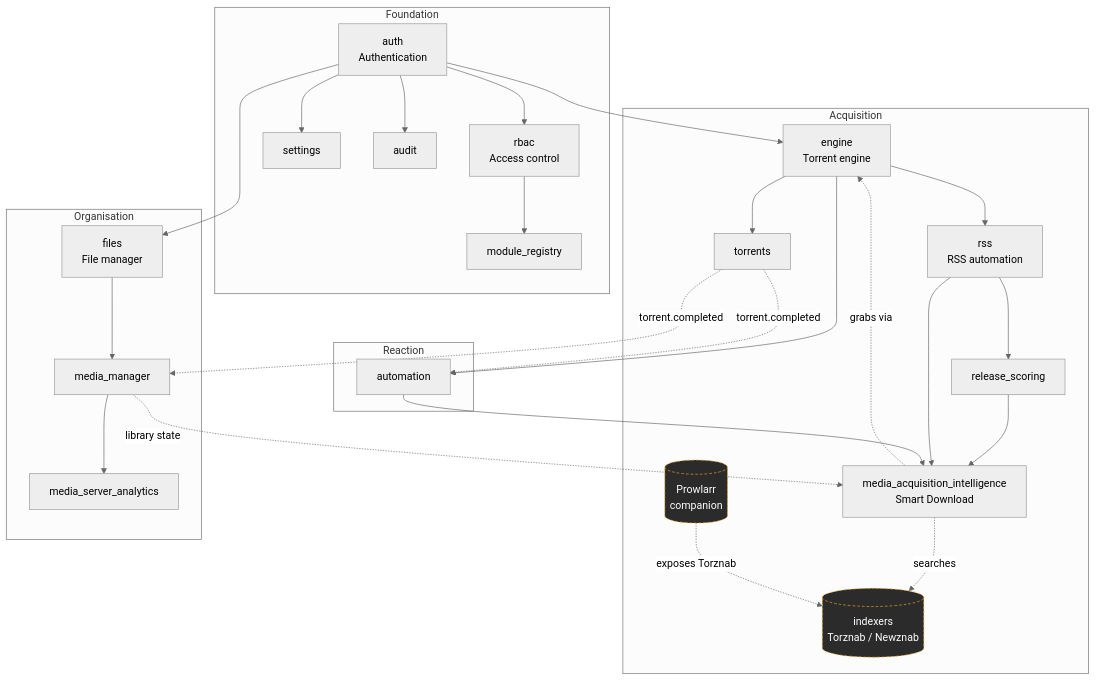
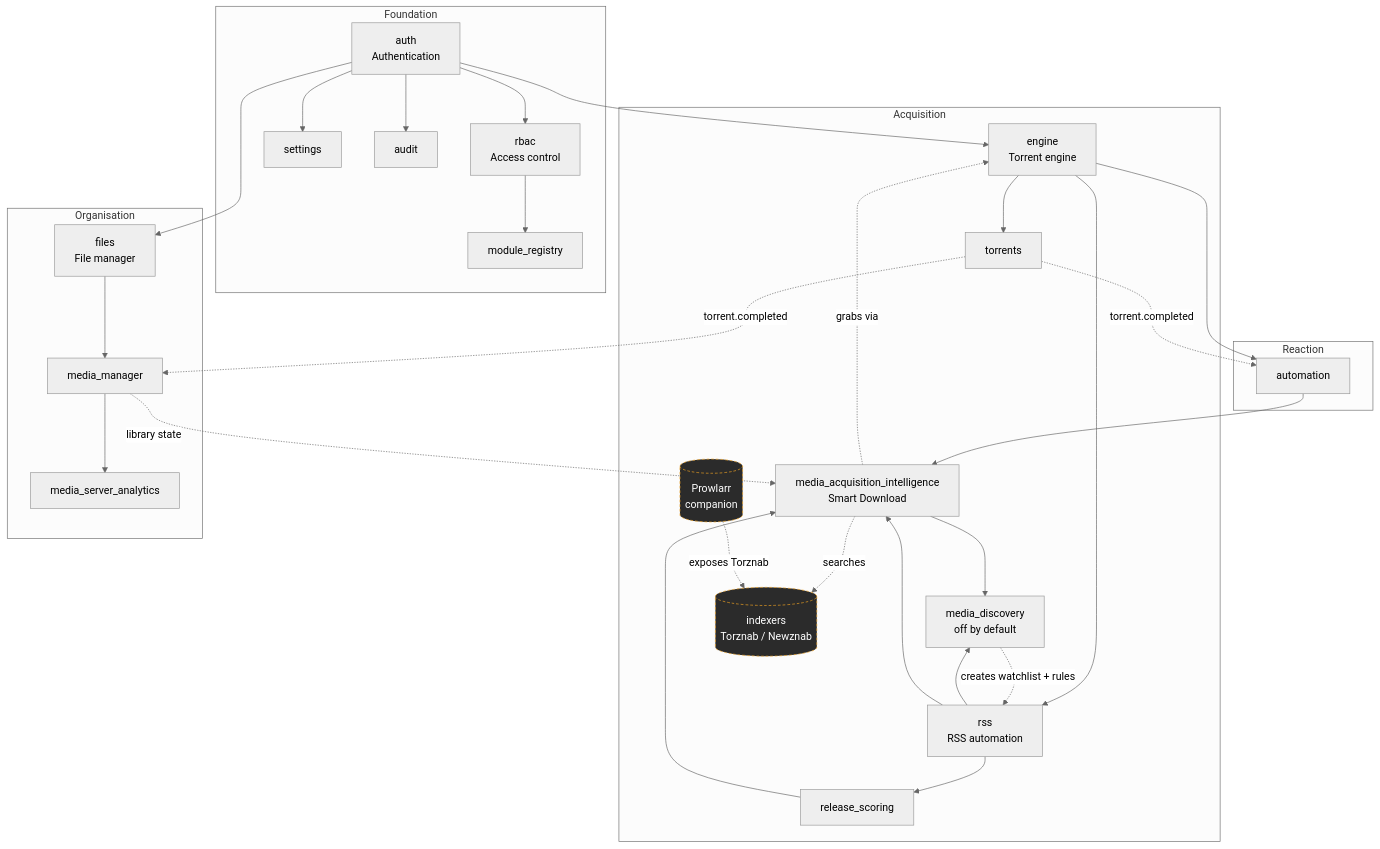
The diagram in website/docs/modules/index.md (ultratorrentofficial/ultratorrent), drawn with Mermaid (neutral theme) before and after one commit. The commit also changed other lines of this file and 25 other files, not shown here.

````diff
--- a/website/docs/modules/index.md
+++ b/website/docs/modules/index.md
@@ -56,59 +68,63 @@
 ```mermaid
 flowchart TD
   subgraph Foundation
     AUTH[auth<br/>Authentication]
     RBAC[rbac<br/>Access control]
     SET[settings]
     AUD[audit]
     MR[module_registry]
   end
 
   subgraph Acquisition
     ENG[engine<br/>Torrent engine]
     TOR[torrents]
     RSS[rss<br/>RSS automation]
     RS[release_scoring]
     MAI[media_acquisition_intelligence<br/>Smart Download]
+    DISC[media_discovery<br/>off by default]
     IDX[(indexers<br/>Torznab / Newznab)]
     PRW[(Prowlarr<br/>companion)]
   end
 
   subgraph Organisation
     FILES[files<br/>File manager]
     MM[media_manager]
     MSA[media_server_analytics]
   end
 
   subgraph Reaction
     AUTO[automation]
   end
 
   AUTH --> RBAC
   AUTH --> ENG
   AUTH --> FILES
   AUTH --> SET
   AUTH --> AUD
   RBAC --> MR
 
   ENG --> TOR
   ENG --> RSS
   ENG --> AUTO
 
   RSS --> RS
   RS --> MAI
+  MAI --> DISC
+  RSS --> DISC
+  DISC -.creates watchlist + rules.-> RSS
   RSS --> MAI
   AUTO --> MAI
   MAI -.searches.-> IDX
   PRW -.exposes Torznab.-> IDX
 
   FILES --> MM
   MM --> MSA
   MM -.library state.-> MAI
 
   MAI -.grabs via.-> ENG
   TOR -.->|torrent.completed| MM
   TOR -.->|torrent.completed| AUTO
 
   classDef ext fill:#2b2b2b,stroke:#f5a623,color:#fff,stroke-dasharray: 4 3
   class IDX,PRW ext
 ```
````
